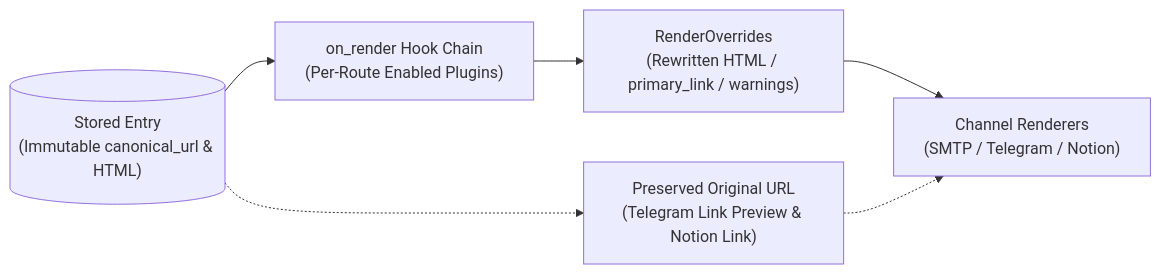
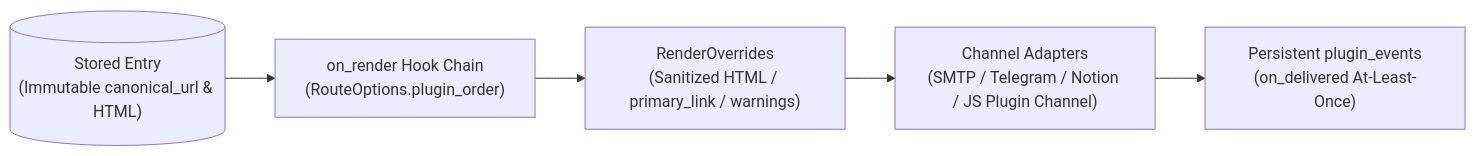
Before and after one commit to ElleryHe/FeedCourier: the diagram in docs/plugins/index.md, drawn with Mermaid. The commit also changed other lines of this file and 74 other files, not shown here.

````diff
--- a/docs/plugins/index.md
+++ b/docs/plugins/index.md
@@ -9,8 +9,7 @@
 ```mermaid
 flowchart LR
-    Entry[("Stored Entry\n(Immutable canonical_url & HTML)")] --> Hook["on_render Hook Chain\n(Per-Route Enabled Plugins)"]
-    Hook --> Overrides["RenderOverrides\n(Rewritten HTML / primary_link / warnings)"]
-    Overrides --> Channels["Channel Renderers\n(SMTP / Telegram / Notion)"]
-    Entry -.-> Preserve["Preserved Original URL\n(Telegram Link Preview & Notion Link)"]
-    Preserve -.-> Channels
+    Entry[("Stored Entry\n(Immutable canonical_url & HTML)")] --> Hook["on_render Hook Chain\n(RouteOptions.plugin_order)"]
+    Hook --> Overrides["RenderOverrides\n(Sanitized HTML / primary_link / warnings)"]
+    Overrides --> Channels["Channel Adapters\n(SMTP / Telegram / Notion / JS Plugin Channel)"]
+    Channels --> Delivered["Persistent plugin_events\n(on_delivered At-Least-Once)"]
 ```
````
